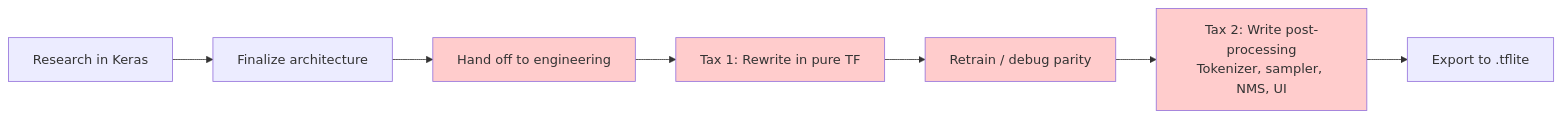
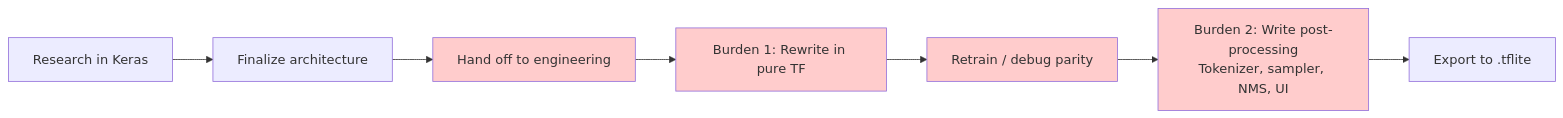
One commit to pctablet505/litert-demo changed the fifth of 13 diagrams in slide.md. Above: the diagram before and after it, drawn with Mermaid. The commit also changed other lines of this file, not shown here.

First line of the commit message:
slides: reword 'tax' → 'burden' throughout the deck

````diff
--- a/slide.md
+++ b/slide.md
@@ -347,13 +347,13 @@
 ```mermaid
 flowchart LR
     A["Research in Keras"] --> B["Finalize architecture"]
     B --> C["Hand off to engineering"]
-    C --> D["Tax 1: Rewrite in pure TF"]
+    C --> D["Burden 1: Rewrite in pure TF"]
     D --> E["Retrain / debug parity"]
-    E --> F["Tax 2: Write post-processing<br/>Tokenizer, sampler, NMS, UI"]
+    E --> F["Burden 2: Write post-processing<br/>Tokenizer, sampler, NMS, UI"]
     F --> G["Export to .tflite"]
     style C fill:#ffcccc
     style D fill:#ffcccc
     style E fill:#ffcccc
     style F fill:#ffcccc
 ```
````
